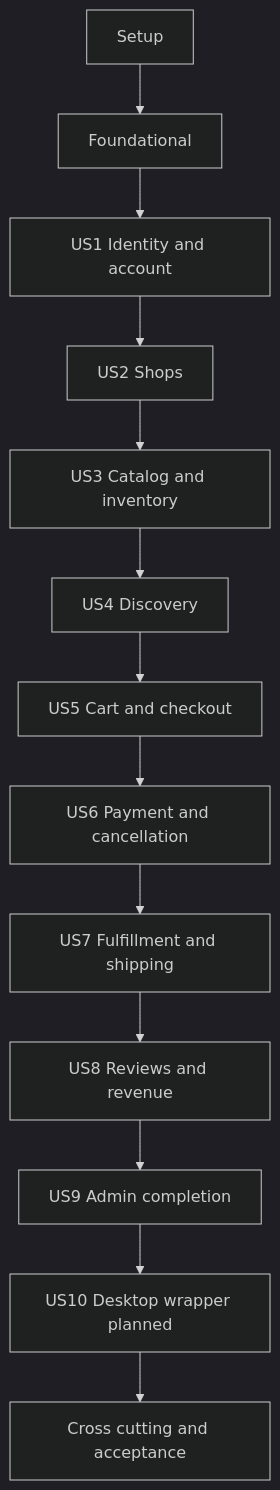
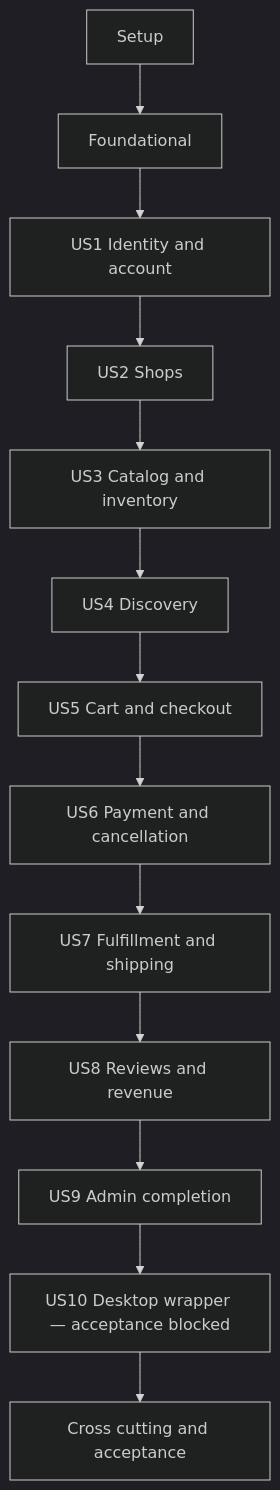
Before and after one commit to kietda623/do-an-cnpm: the diagram in specs/001-marketplace-mvp/tasks.md, drawn with Mermaid (dark theme). The commit also changed other lines of this file and 12 other files, not shown here.

Commit message:
docs(desktop): record acceptance blockers

````diff
--- a/specs/001-marketplace-mvp/tasks.md
+++ b/specs/001-marketplace-mvp/tasks.md
@@ -405,15 +405,15 @@
 ```mermaid
 flowchart TD
   S[Setup] --> F[Foundational]
   F --> U1[US1 Identity and account]
   U1 --> U2[US2 Shops]
   U2 --> U3[US3 Catalog and inventory]
   U3 --> U4[US4 Discovery]
   U4 --> U5[US5 Cart and checkout]
   U5 --> U6[US6 Payment and cancellation]
   U6 --> U7[US7 Fulfillment and shipping]
   U7 --> U8[US8 Reviews and revenue]
   U8 --> U9[US9 Admin completion]
-  U9 --> U10[US10 Desktop wrapper planned]
+  U9 --> U10[US10 Desktop wrapper — acceptance blocked]
   U10 --> P[Cross cutting and acceptance]
 ```
````
